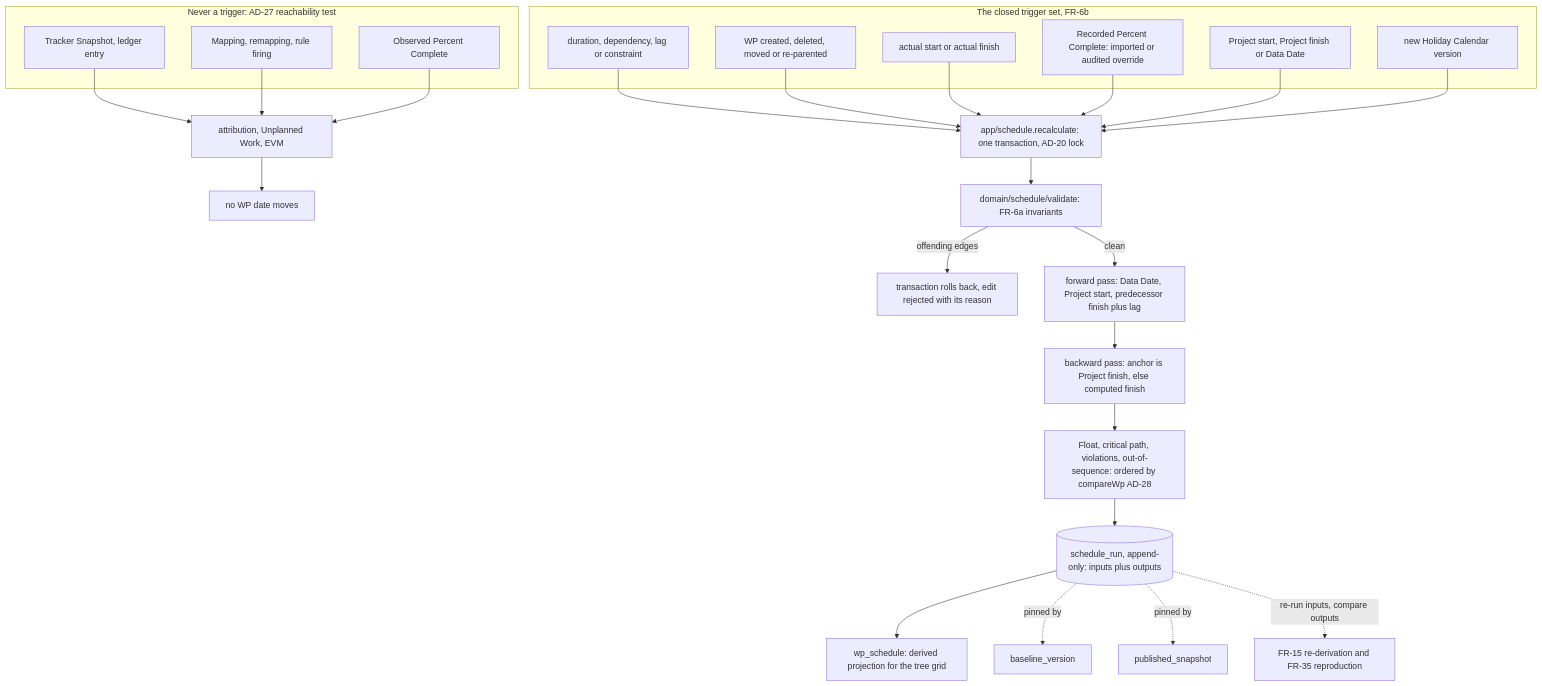
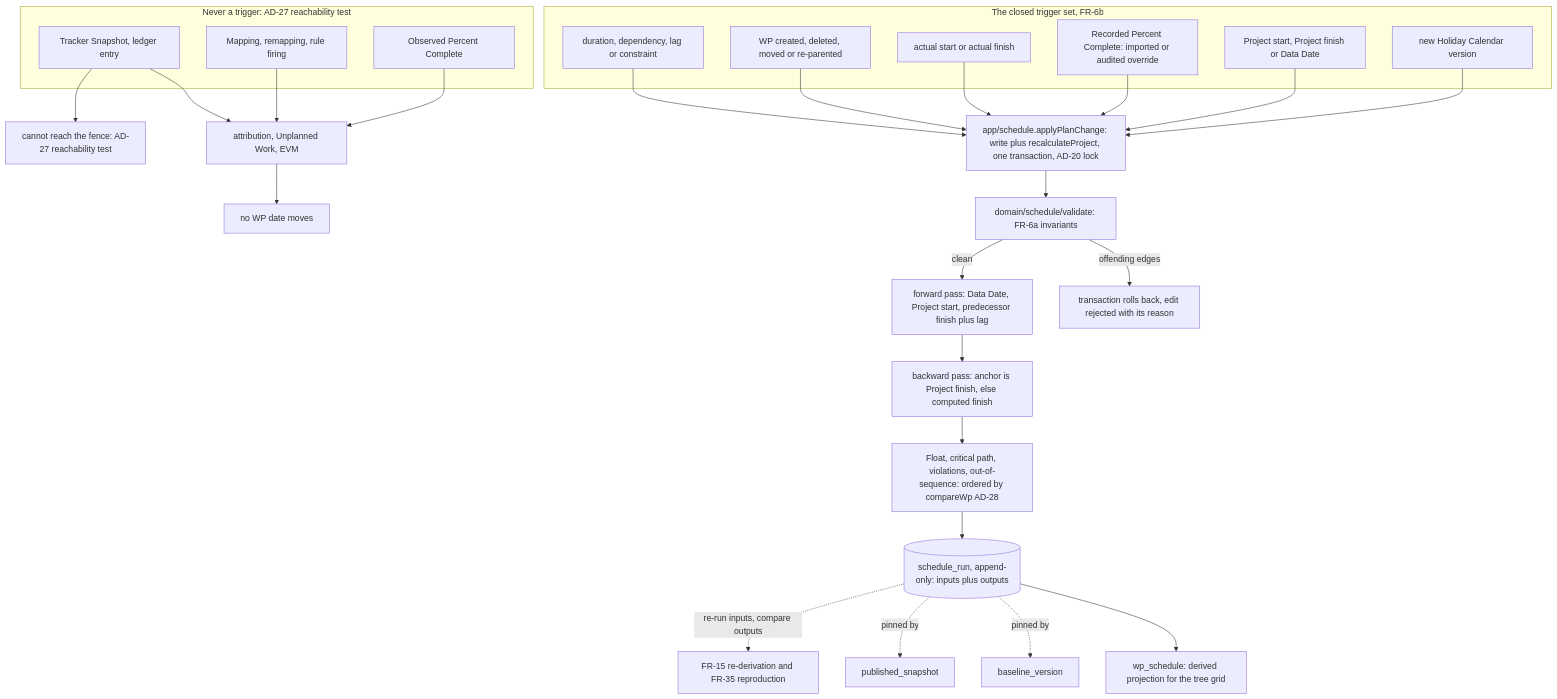
The sixth of 6 diagrams in _bmad-output/planning-artifacts/architecture/architecture-momo-keikaku-2026-09-20/ARCHITECTURE-SPINE.md (hoanghainh1188/momo-keikaku), drawn with Mermaid before and after one commit. The commit also changed other lines of this file and 4 other files, not shown here.

````diff
--- a/_bmad-output/planning-artifacts/architecture/architecture-momo-keikaku-2026-09-20/ARCHITECTURE-SPINE.md
+++ b/_bmad-output/planning-artifacts/architecture/architecture-momo-keikaku-2026-09-20/ARCHITECTURE-SPINE.md
@@ -651,37 +684,38 @@
 ```mermaid
 flowchart TB
   subgraph trig[The closed trigger set, FR-6b]
     E1[duration, dependency, lag or constraint]
     E2[WP created, deleted, moved or re-parented]
     E3[actual start or actual finish]
     E4[Recorded Percent Complete: imported or audited override]
     E5[Project start, Project finish or Data Date]
     E6[new Holiday Calendar version]
   end
   subgraph nev[Never a trigger: AD-27 reachability test]
     N1[Tracker Snapshot, ledger entry]
     N2[Mapping, remapping, rule firing]
     N3[Observed Percent Complete]
   end
   E1 --> UC
   E2 --> UC
   E3 --> UC
   E4 --> UC
   E5 --> UC
   E6 --> UC
   N1 --> ATT[attribution, Unplanned Work, EVM]
   N2 --> ATT
   N3 --> ATT
   ATT --> NOD[no WP date moves]
-  UC[app/schedule.recalculate: one transaction, AD-20 lock]
+  UC[app/schedule.applyPlanChange: write plus recalculateProject, one transaction, AD-20 lock]
   UC --> V[domain/schedule/validate: FR-6a invariants]
+  N1 --> NOFENCE[cannot reach the fence: AD-27 reachability test]
   V -->|offending edges| RB[transaction rolls back, edit rejected with its reason]
   V -->|clean| FW[forward pass: Data Date, Project start, predecessor finish plus lag]
   FW --> BW[backward pass: anchor is Project finish, else computed finish]
   BW --> FL[Float, critical path, violations, out-of-sequence: ordered by compareWp AD-28]
   FL --> RUN[(schedule_run, append-only: inputs plus outputs)]
   RUN --> PROJ[wp_schedule: derived projection for the tree grid]
   RUN -.pinned by.-> BL[baseline_version]
   RUN -.pinned by.-> PS[published_snapshot]
   RUN -.re-run inputs, compare outputs.-> T[FR-15 re-derivation and FR-35 reproduction]
 ```
````
